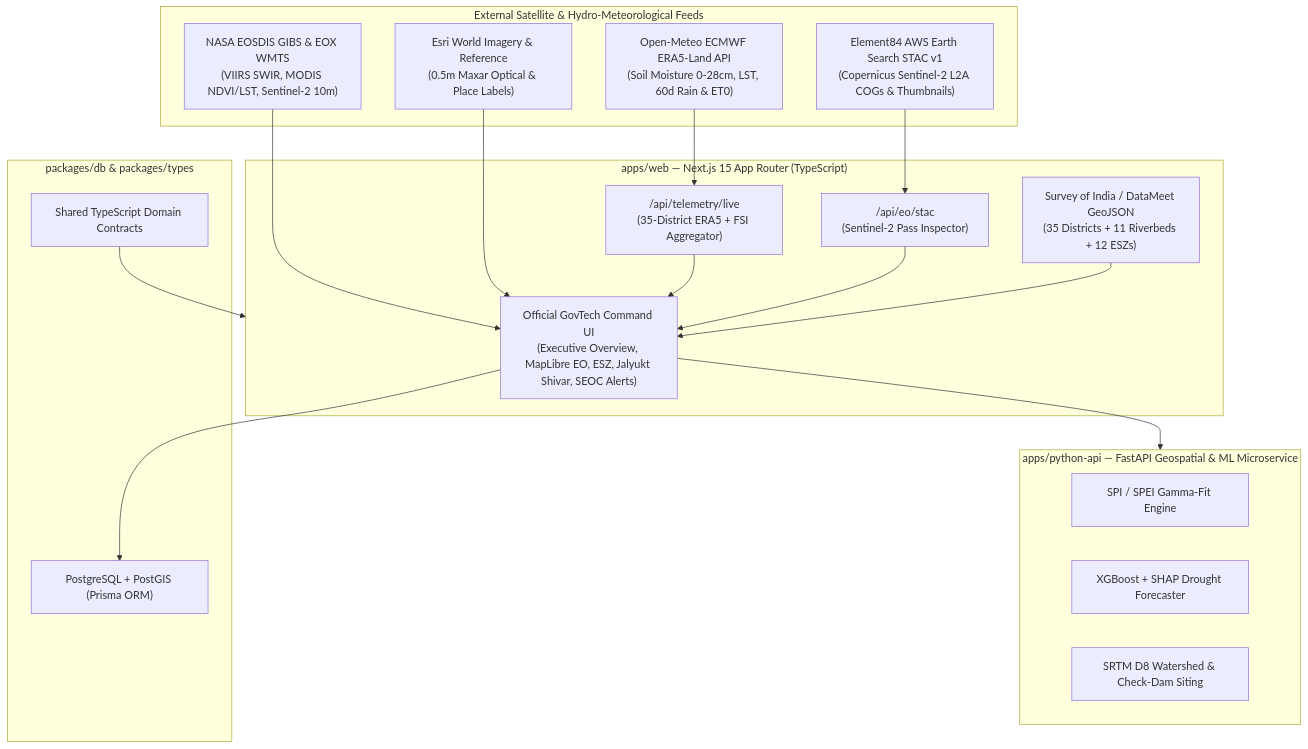
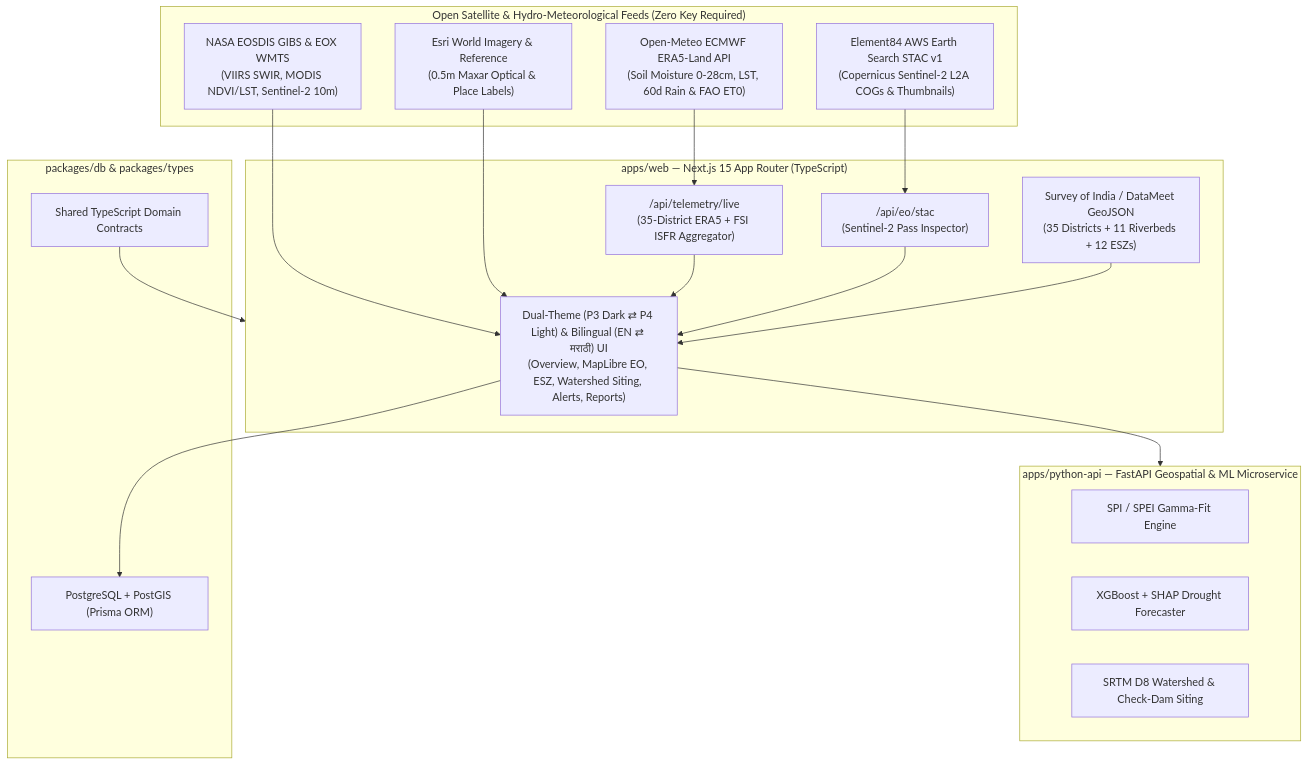
One commit to Lucifer2325/mdias-maharashtra-drought-eo changed the diagram in README.md. Above: the diagram before and after it, drawn with Mermaid. The commit also changed other lines of this file and 1 other file, not shown here.

````diff
--- a/README.md
+++ b/README.md
@@ -83,38 +109,38 @@
 ```mermaid
 flowchart TB
-    subgraph EO["External Satellite & Hydro-Meteorological Feeds"]
-        ERA5["Open-Meteo ECMWF ERA5-Land API<br/>(Soil Moisture 0-28cm, LST, 60d Rain & ET0)"]
+    subgraph EO["Open Satellite & Hydro-Meteorological Feeds (Zero Key Required)"]
+        ERA5["Open-Meteo ECMWF ERA5-Land API<br/>(Soil Moisture 0-28cm, LST, 60d Rain & FAO ET0)"]
         STAC["Element84 AWS Earth Search STAC v1<br/>(Copernicus Sentinel-2 L2A COGs & Thumbnails)"]
         GIBS["NASA EOSDIS GIBS & EOX WMTS<br/>(VIIRS SWIR, MODIS NDVI/LST, Sentinel-2 10m)"]
         ESRI["Esri World Imagery & Reference<br/>(0.5m Maxar Optical & Place Labels)"]
     end
 
     subgraph Web["apps/web — Next.js 15 App Router (TypeScript)"]
-        UI["Official GovTech Command UI<br/>(Executive Overview, MapLibre EO, ESZ, Jalyukt Shivar, SEOC Alerts)"]
-        API_LIVE["/api/telemetry/live<br/>(35-District ERA5 + FSI Aggregator)"]
+        UI["Dual-Theme (P3 Dark ⇄ P4 Light) & Bilingual (EN ⇄ मराठी) UI<br/>(Overview, MapLibre EO, ESZ, Watershed Siting, Alerts, Reports)"]
+        API_LIVE["/api/telemetry/live<br/>(35-District ERA5 + FSI ISFR Aggregator)"]
         API_STAC["/api/eo/stac<br/>(Sentinel-2 Pass Inspector)"]
         GEO["Survey of India / DataMeet GeoJSON<br/>(35 Districts + 11 Riverbeds + 12 ESZs)"]
     end
 
     subgraph PyAPI["apps/python-api — FastAPI Geospatial & ML Microservice"]
         SPI["SPI / SPEI Gamma-Fit Engine"]
         XGB["XGBoost + SHAP Drought Forecaster"]
         DEM["SRTM D8 Watershed & Check-Dam Siting"]
     end
 
     subgraph Data["packages/db & packages/types"]
         PRISMA["PostgreSQL + PostGIS (Prisma ORM)"]
         TYPES["Shared TypeScript Domain Contracts"]
     end
 
     ERA5 --> API_LIVE
     STAC --> API_STAC
     GIBS --> UI
     ESRI --> UI
     API_LIVE --> UI
     API_STAC --> UI
     GEO --> UI
     UI --> PyAPI
     UI --> PRISMA
     TYPES --> Web
 ```
````
